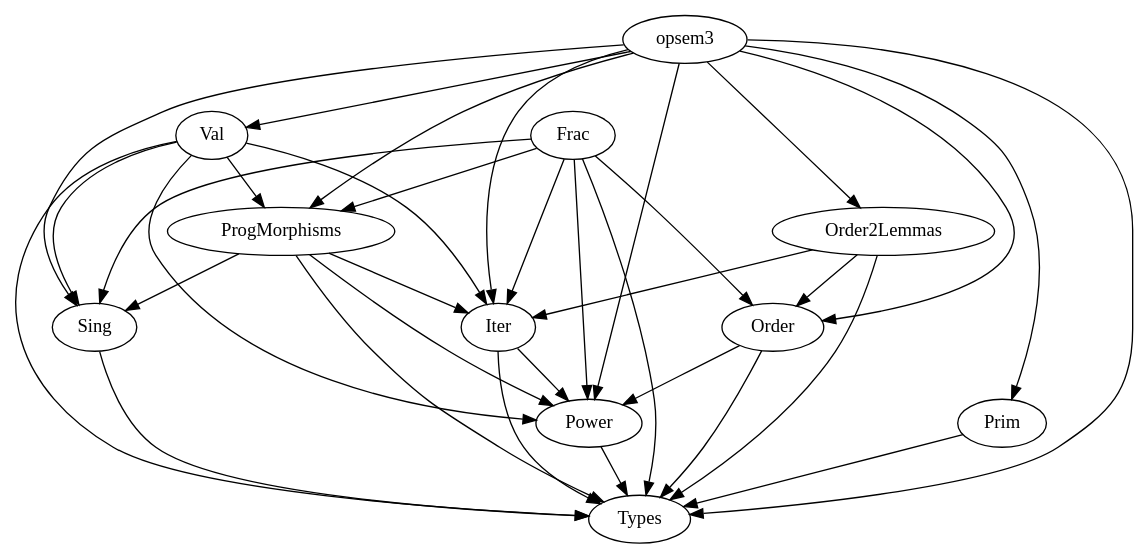
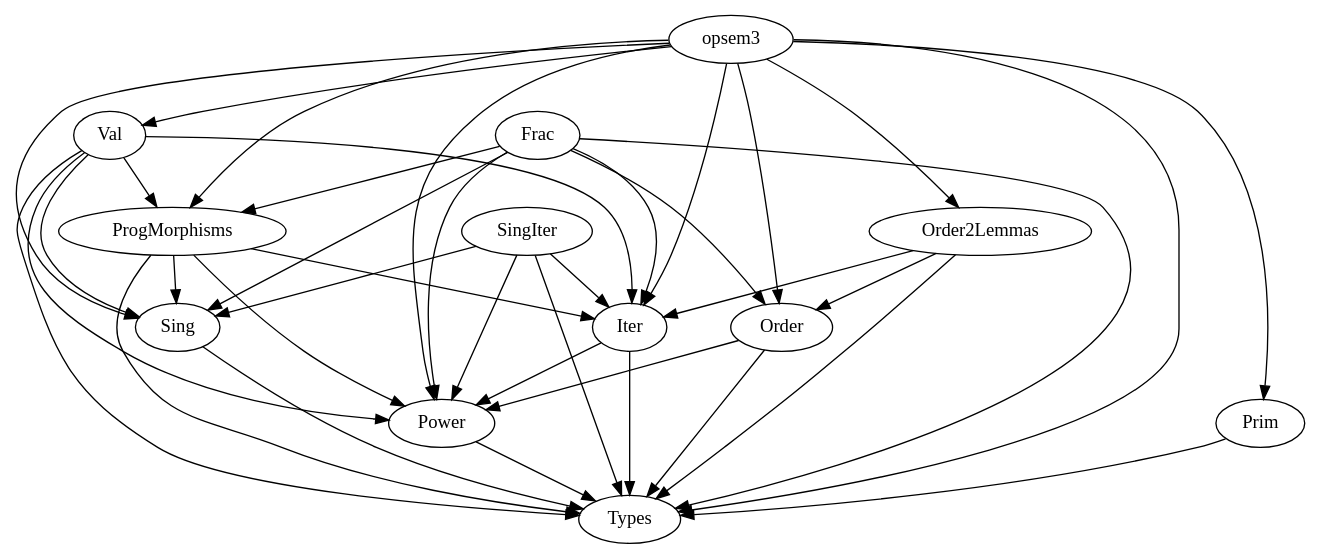
One commit to vikraman/2DTypes changed the diagram in 2D/g.dot. Above: the diagram before and after it, drawn with Graphviz. The commit also changed 2 other files, not shown here.

```diff
--- a/2D/g.dot
+++ b/2D/g.dot
@@ -1,50 +1,55 @@
 
 digraph dependencies {
 
   opsem3[label="opsem3"];
   Types[label="Types"];
   Iter[label="Iter"];
+  SingIter[label="SingIter"];
   Sing[label="Sing"];
   ProgMorphisms[label="ProgMorphisms"];
   Power[label="Power"];
   Val[label="Val"];
   Prim[label="Prim"];
   Order2Lemmas[label="Order2Lemmas"];
   Order[label="Order"];
   Frac[label="Frac"];
   
   Order2Lemmas -> Types;
   Order2Lemmas -> Iter;
   Order2Lemmas -> Order;
   Power -> Types;
   Prim -> Types;
   ProgMorphisms -> Types;
   ProgMorphisms -> Sing;
   ProgMorphisms -> Iter;
   ProgMorphisms -> Power;
   Sing -> Types;
+  SingIter -> Types;
+  SingIter -> Sing;
+  SingIter -> Iter;
+  SingIter -> Power;
   Val -> Types;
   Val -> Iter;
   Val -> Sing;
   Val -> Power;
   Val -> ProgMorphisms;
   Iter -> Types;
   Iter -> Power;
   Order -> Types;
   Order -> Power;
   opsem3 -> Types;
   opsem3 -> Order;
   opsem3 -> Iter;
   opsem3 -> Sing;
   opsem3 -> ProgMorphisms;
   opsem3 -> Power;
   opsem3 -> Val;
   opsem3 -> Prim;
   opsem3 -> Order2Lemmas;
   Frac -> Types;
   Frac -> Power;
   Frac -> Sing;
   Frac -> Iter;
   Frac -> ProgMorphisms;
   Frac -> Order;
 }
```
